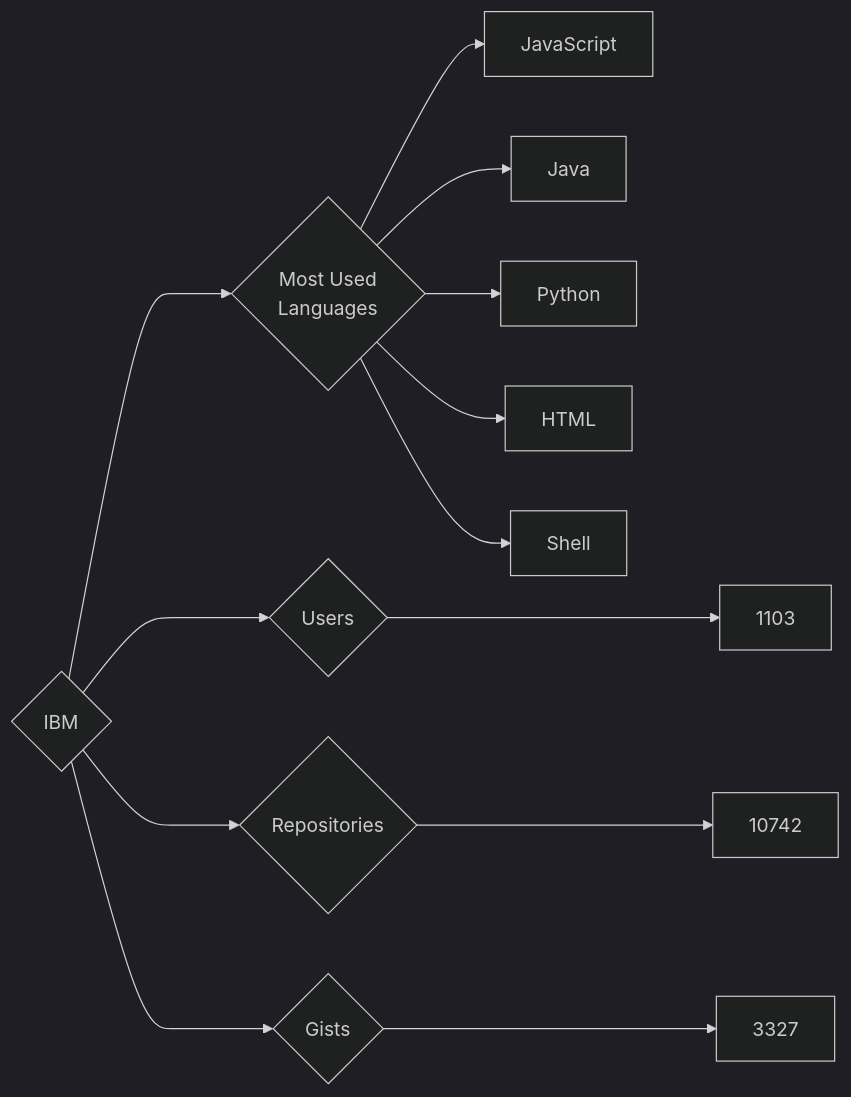
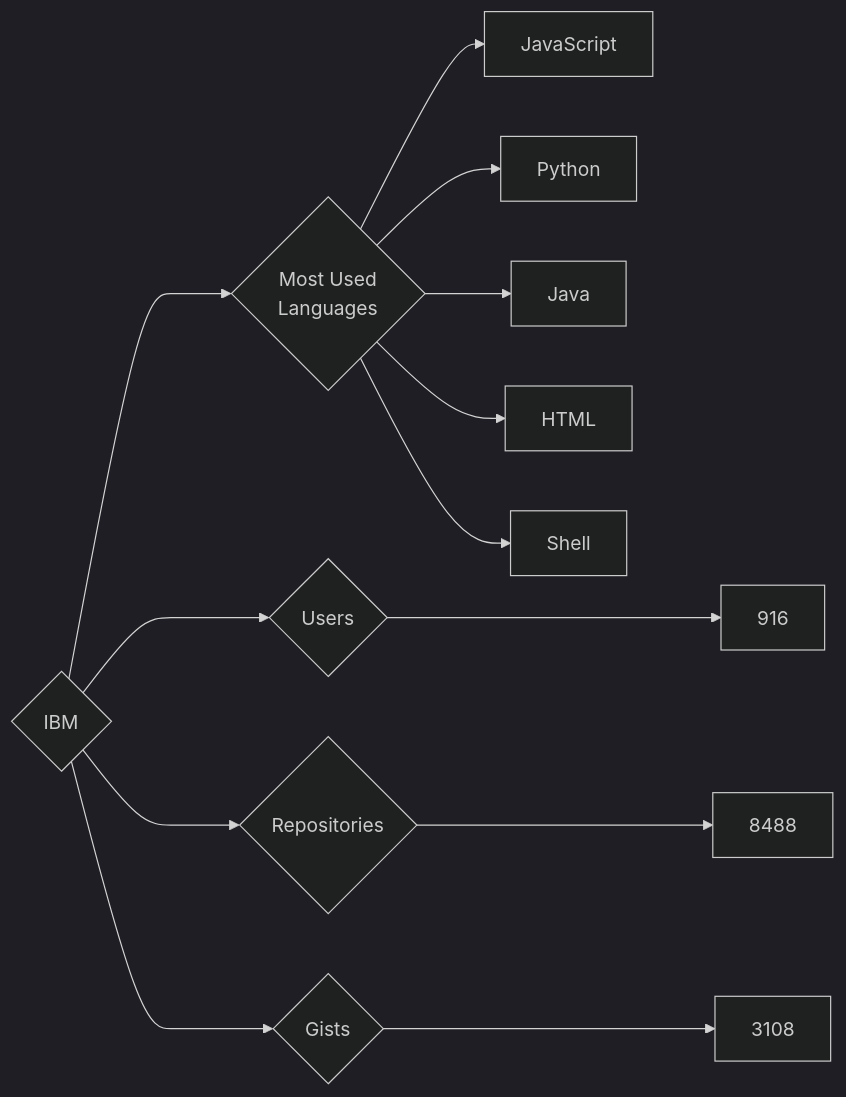
The diagram in targets/IBM/README.md (trickest/insiders), drawn with Mermaid (dark theme) before and after one commit. The commit also changed 736 other files, not shown here.

````diff
--- a/targets/IBM/README.md
+++ b/targets/IBM/README.md
@@ -3,13 +3,13 @@
 ```mermaid
 graph LR
 COMPANY_NAME{IBM}
-COMPANY_NAME ---> U{Users} ---> UN[1103]
-COMPANY_NAME ---> R{Repositories} ---> RN[10742]
-COMPANY_NAME ---> G{Gists} ---> GN[3327]
+COMPANY_NAME ---> U{Users} ---> UN[916]
+COMPANY_NAME ---> R{Repositories} ---> RN[8488]
+COMPANY_NAME ---> G{Gists} ---> GN[3108]
 COMPANY_NAME ---> ML{Most Used<br>Languages}
 ML --> JavaScript[JavaScript]
+ML --> Python[Python]
 ML --> Java[Java]
-ML --> Python[Python]
 ML --> HTML[HTML]
 ML --> Shell[Shell]
 ```
````
